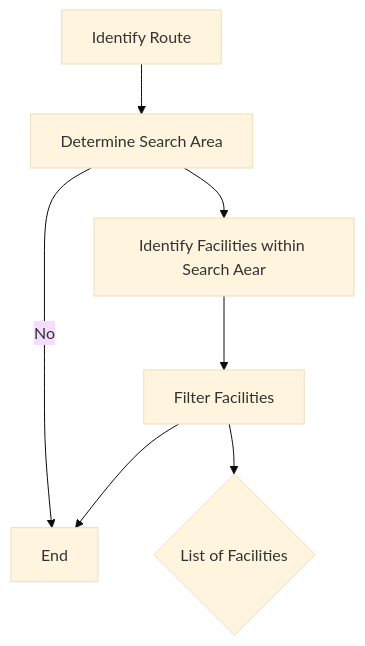
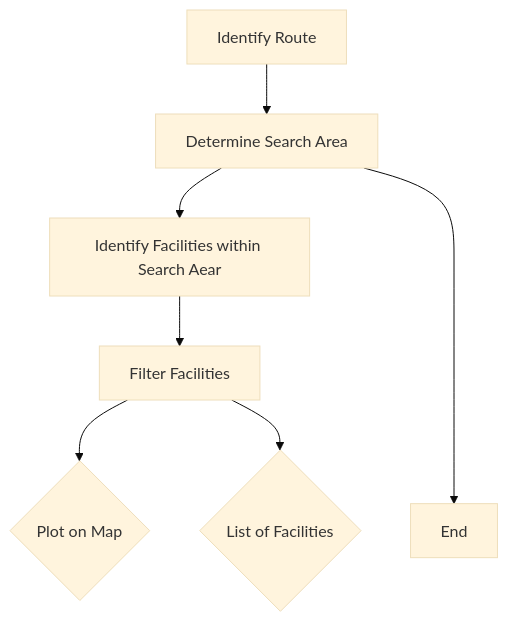
The diagram in README.md (abidgen/nyc_childcare_finder), drawn with Mermaid (base theme) before and after one commit.

````diff
--- a/README.md
+++ b/README.md
@@ -32,8 +32,8 @@
 ```mermaid
 flowchart TD
     A[Identify Route] --> B[Determine Search Area]
     B --> C[Identify Facilities within Search Aear]
     C --> D[Filter Facilities]
     D --> E{Plot on Map} & F{List of Facilities}
-    B ---->|No| E[End]
+    B ---->G[End]
 ```
````
